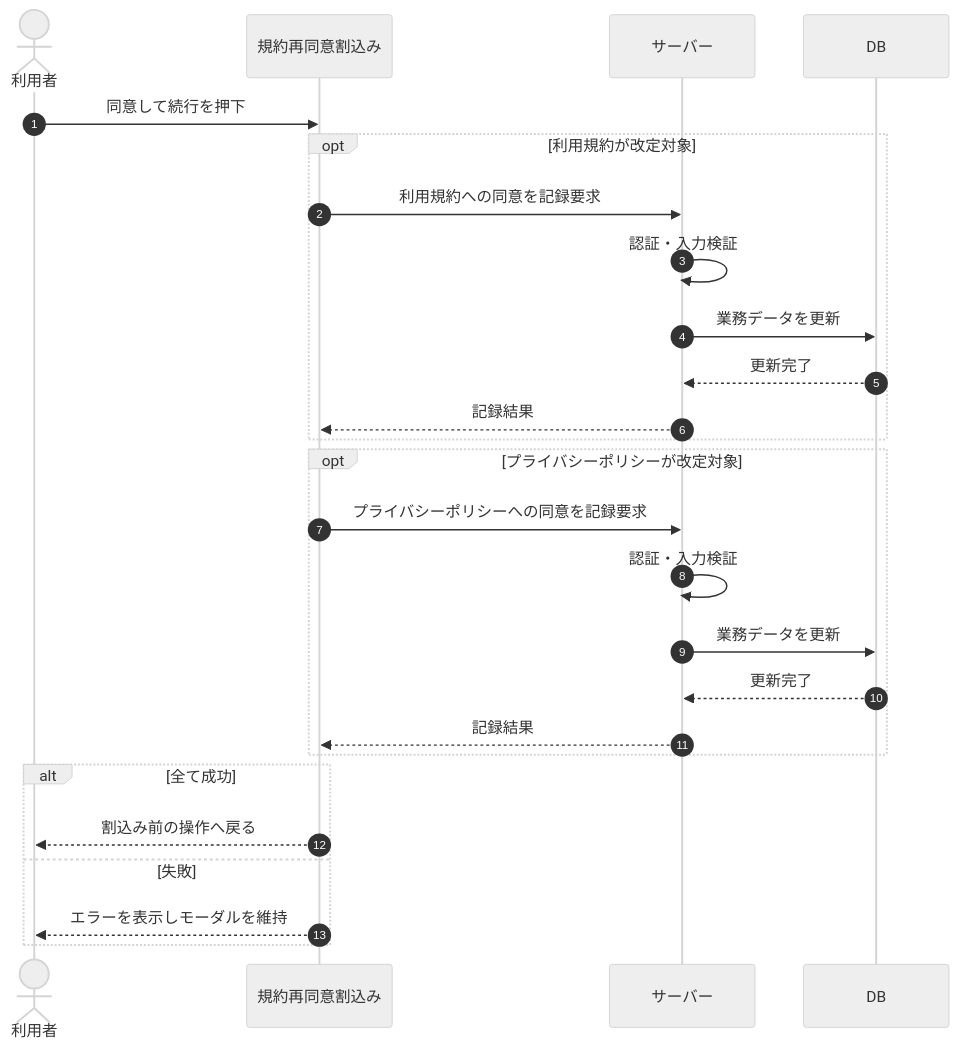
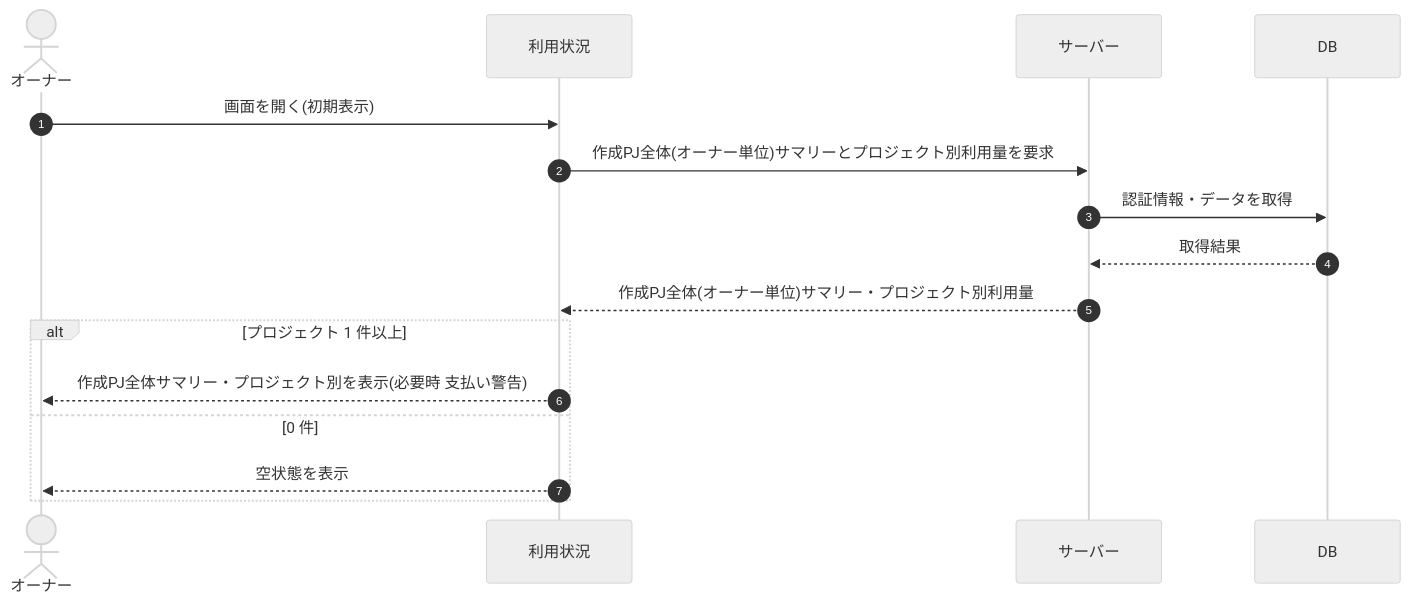
The diagram in 02_basic_design/03_sequences/SEQ-068.md (sikakou54/open-faq), drawn with Mermaid (neutral theme) before and after one commit. The commit also changed other lines of this file and 395 other files, not shown here.

````diff
--- a/02_basic_design/03_sequences/SEQ-068.md
+++ b/02_basic_design/03_sequences/SEQ-068.md
@@ -25,28 +25,18 @@
 ```mermaid
 sequenceDiagram
   autonumber
-  actor U as 利用者
-  participant Screen as 規約再同意割込み
+  actor U as オーナー
+  participant Screen as 利用状況
   participant Server as サーバー
   participant DB as DB
-  U->>Screen: 同意して続行を押下
-  opt 利用規約が改定対象
-    Screen->>Server: 利用規約への同意を記録要求
-    Server->>Server: 認証・入力検証
-    Server->>DB: 業務データを更新
-    DB-->>Server: 更新完了
-    Server-->>Screen: 記録結果
-  end
-  opt プライバシーポリシーが改定対象
-    Screen->>Server: プライバシーポリシーへの同意を記録要求
-    Server->>Server: 認証・入力検証
-    Server->>DB: 業務データを更新
-    DB-->>Server: 更新完了
-    Server-->>Screen: 記録結果
-  end
-  alt 全て成功
-    Screen-->>U: 割込み前の操作へ戻る
-  else 失敗
-    Screen-->>U: エラーを表示しモーダルを維持
+  U->>Screen: 画面を開く(初期表示)
+  Screen->>Server: 作成PJ全体(オーナー単位)サマリーとプロジェクト別利用量を要求
+  Server->>DB: 認証情報・データを取得
+  DB-->>Server: 取得結果
+  Server-->>Screen: 作成PJ全体(オーナー単位)サマリー・プロジェクト別利用量
+  alt プロジェクト 1 件以上
+    Screen-->>U: 作成PJ全体サマリー・プロジェクト別を表示(必要時 支払い警告)
+  else 0 件
+    Screen-->>U: 空状態を表示
   end
 ```
````
